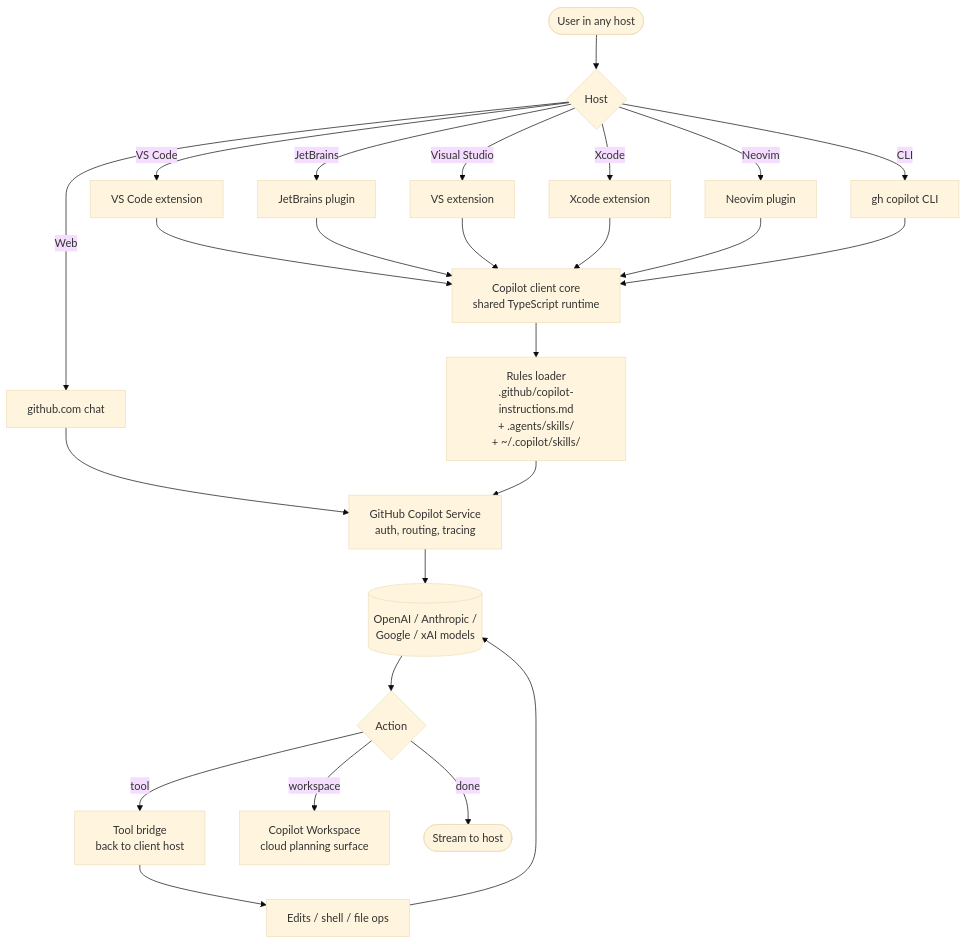
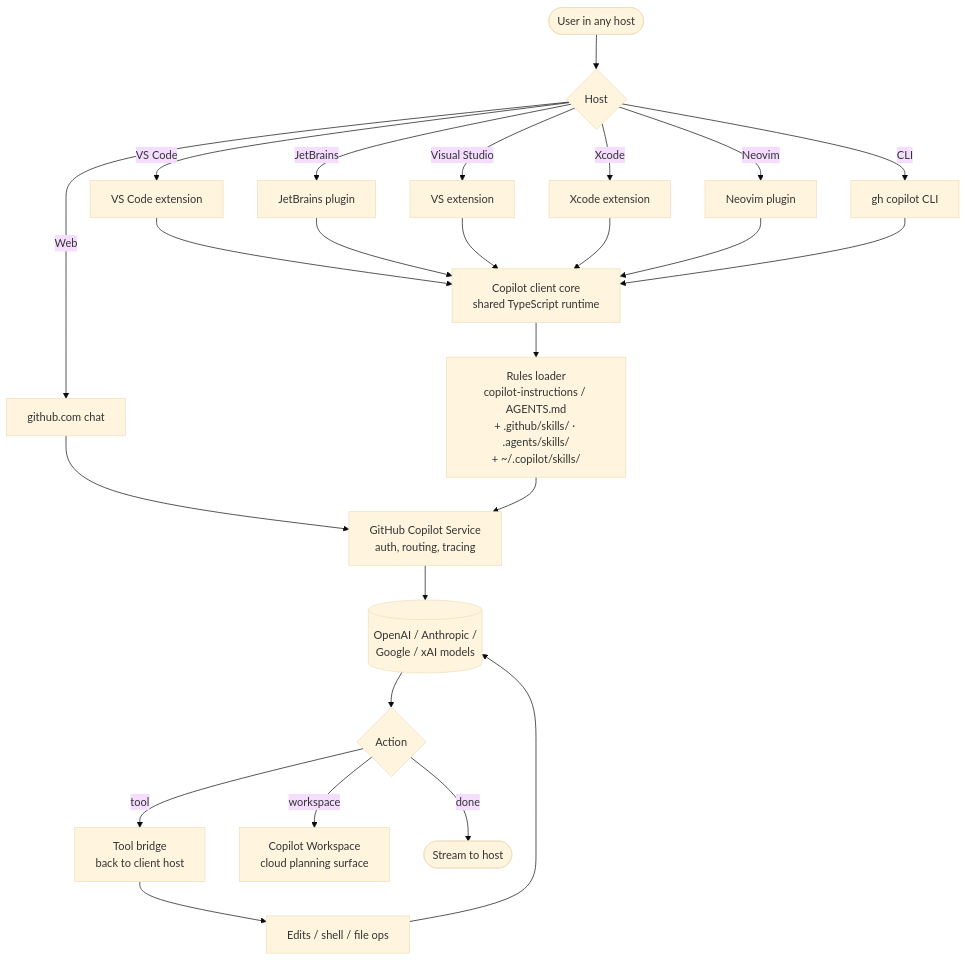
One commit to imarash/ai-harness-deepdive changed the diagram in docs/agents/github-copilot.md. Above: the diagram before and after it, drawn with Mermaid (base theme). The commit also changed other lines of this file and 3 other files, not shown here.

Commit message:
fix: Enhance documentation for GitHub Copilot: updated paths for project and global skills, clarified custom instruction files, and detailed agent hooks distinction. Improved ecosystem and feature compatibility sections for better clarity.

````diff
--- a/docs/agents/github-copilot.md
+++ b/docs/agents/github-copilot.md
@@ -41,27 +43,27 @@
 ```mermaid
 flowchart TD
     User([User in any host]) --> Hosts{Host}
     Hosts -->|VS Code| VSCExt[VS Code extension]
     Hosts -->|JetBrains| JBExt[JetBrains plugin]
     Hosts -->|Visual Studio| VSExt[VS extension]
     Hosts -->|Xcode| XcodeExt[Xcode extension]
     Hosts -->|Neovim| NvimExt[Neovim plugin]
     Hosts -->|Web| WebUI[github.com chat]
     Hosts -->|CLI| GHCLI[gh copilot CLI]
     VSCExt --> ClientCore[Copilot client core<br/>shared TypeScript runtime]
     JBExt --> ClientCore
     VSExt --> ClientCore
     XcodeExt --> ClientCore
     NvimExt --> ClientCore
     GHCLI --> ClientCore
     WebUI --> CopilotService
-    ClientCore --> RulesLoader[Rules loader<br/>.github/copilot-instructions.md<br/>+ .agents/skills/<br/>+ ~/.copilot/skills/]
+    ClientCore --> RulesLoader[Rules loader<br/>copilot-instructions / AGENTS.md<br/>+ .github/skills/ · .agents/skills/<br/>+ ~/.copilot/skills/]
     RulesLoader --> CopilotService[GitHub Copilot Service<br/>auth, routing, tracing]
     CopilotService --> Models[(OpenAI / Anthropic /<br/>Google / xAI models)]
     Models --> Decide{Action}
     Decide -->|tool| ToolBridge[Tool bridge<br/>back to client host]
     ToolBridge --> Edits[Edits / shell / file ops]
     Edits --> Models
     Decide -->|workspace| Workspace[Copilot Workspace<br/>cloud planning surface]
     Decide -->|done| Stream([Stream to host])
 ```
````
